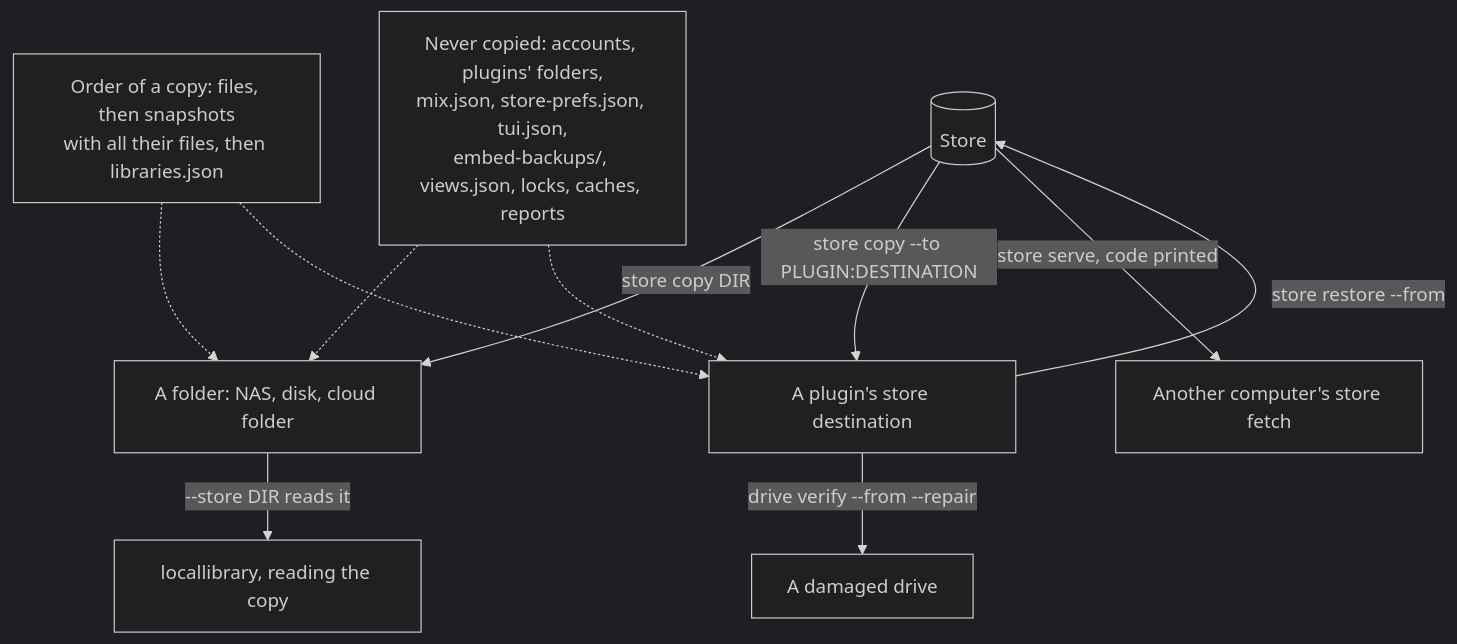
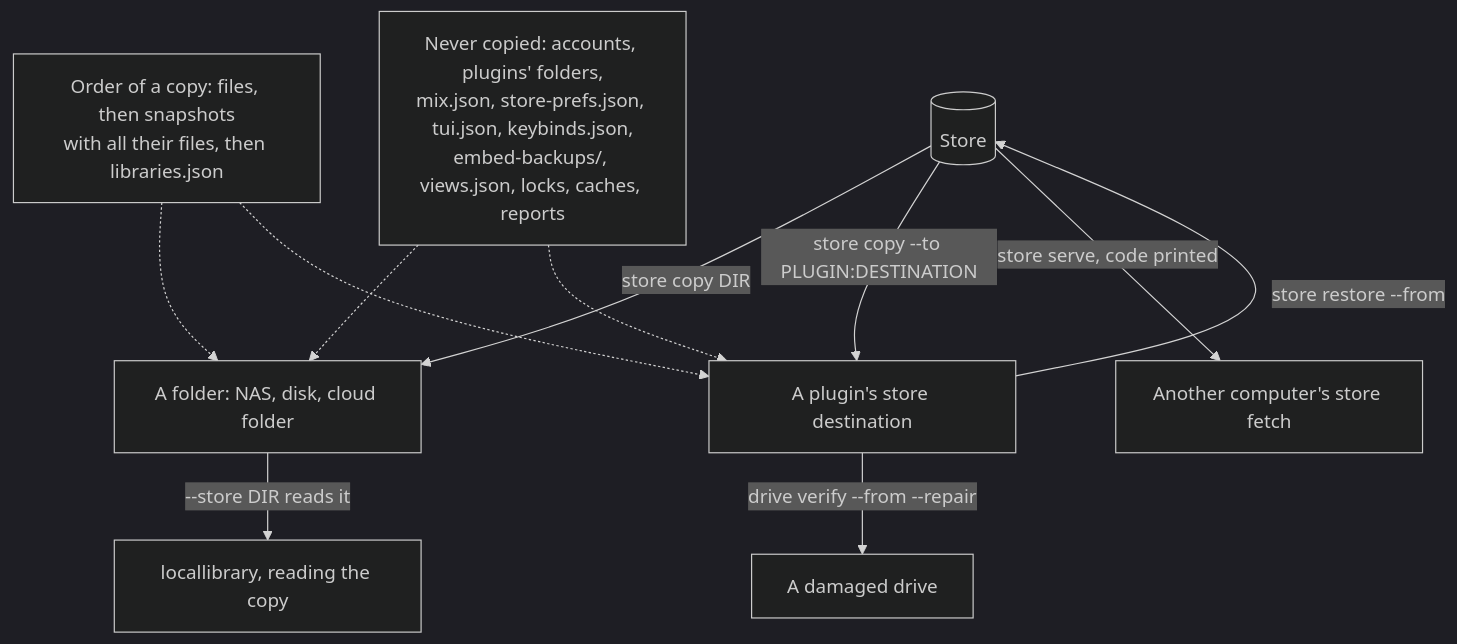
Before and after one commit to cutenode/localnetwork: the seventh of 18 diagrams in apps/locallibrary/docs/diagrams/store-and-drives.md, drawn with Mermaid (dark theme). The commit also changed other lines of this file and 186 other files, not shown here.

````diff
--- a/apps/locallibrary/docs/diagrams/store-and-drives.md
+++ b/apps/locallibrary/docs/diagrams/store-and-drives.md
@@ -176,13 +176,13 @@
 ```mermaid
 flowchart TD
     store[("Store")] -->|"store copy DIR"| folder["A folder: NAS, disk, cloud folder"]
     store -->|"store copy --to PLUGIN:DESTINATION"| dest["A plugin's store destination"]
     store -->|"store serve, code printed"| peer["Another computer's store fetch"]
     folder -->|"--store DIR reads it"| reader["locallibrary, reading the copy"]
     dest -->|"store restore --from"| store
     dest -->|"drive verify --from --repair"| drive["A damaged drive"]
     order["Order of a copy: files, then snapshots<br/>with all their files, then libraries.json"] -.-> folder
     order -.-> dest
-    leftout["Never copied: accounts, plugins' folders,<br/>mix.json, store-prefs.json, tui.json,<br/>embed-backups/, views.json, locks, caches, reports"] -.-> folder
+    leftout["Never copied: accounts, plugins' folders,<br/>mix.json, store-prefs.json, tui.json, keybinds.json,<br/>embed-backups/, views.json, locks, caches, reports"] -.-> folder
     leftout -.-> dest
 ```
````
